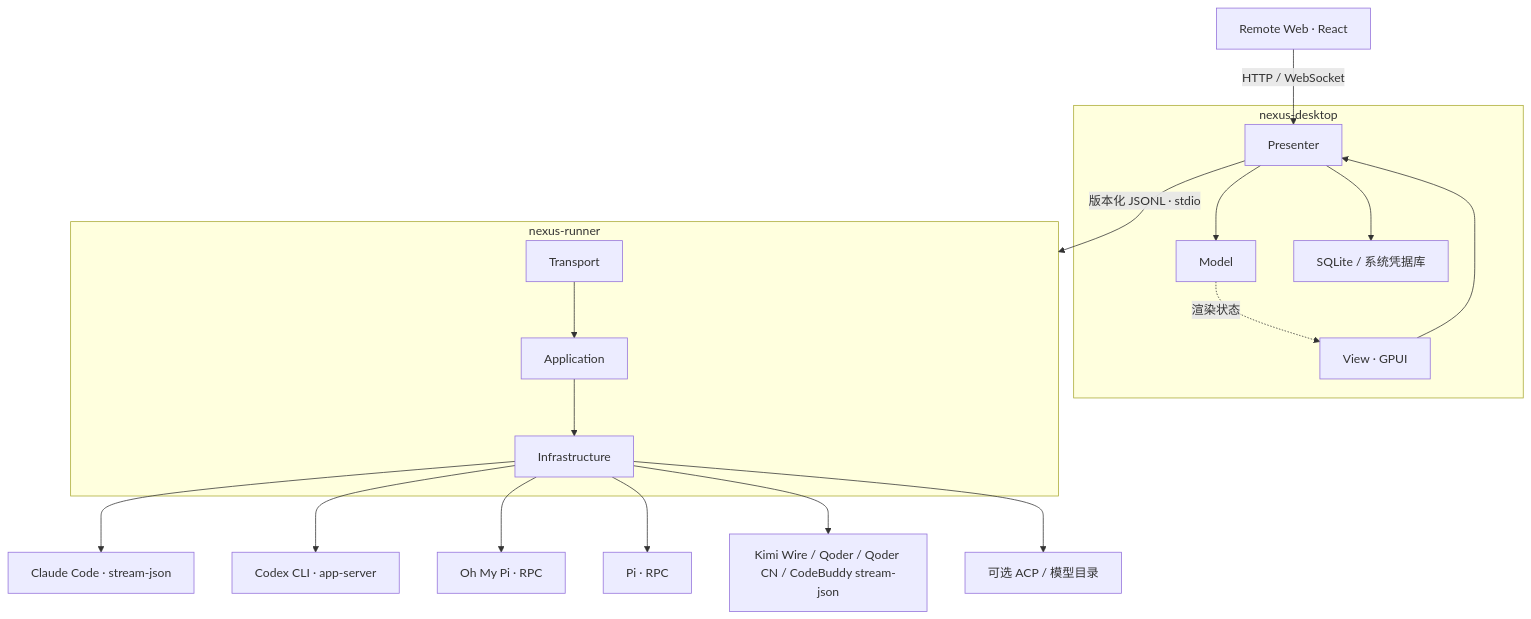
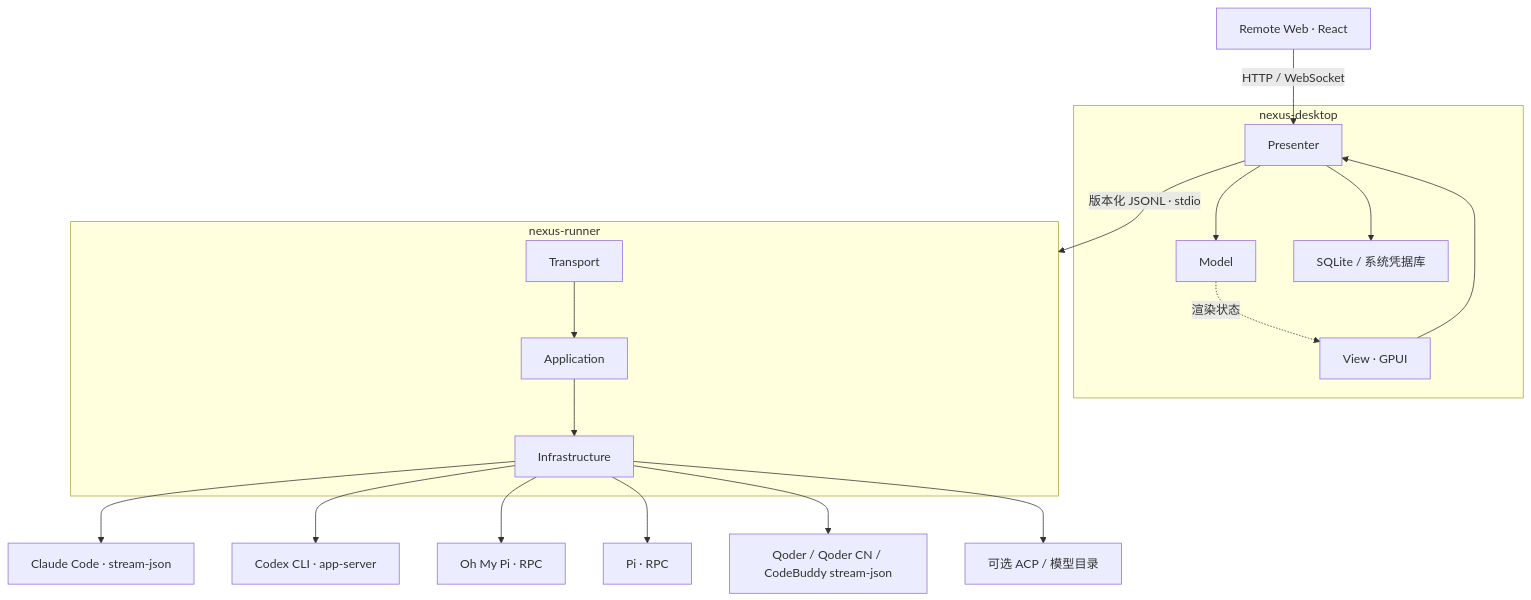
Before and after one commit to ji233-Sun/nexus-agent: the diagram in docs/development.md, drawn with Mermaid. The commit also changed other lines of this file and 11 other files, not shown here.

First line of the commit message:
feat: 接入新版 kimi-code，Kimi 改为 ACP 专用

````diff
--- a/docs/development.md
+++ b/docs/development.md
@@ -70,20 +70,20 @@
 ```mermaid
 flowchart TB
     Web[Remote Web · React] -->|HTTP / WebSocket| Presenter
     subgraph Desktop[nexus-desktop]
         View[View · GPUI] --> Presenter
         Presenter --> Model
         Model -. 渲染状态 .-> View
         Presenter --> Storage[SQLite / 系统凭据库]
     end
     Presenter -->|版本化 JSONL · stdio| Runner
     subgraph Runner[nexus-runner]
         Transport --> Application --> Infrastructure
     end
     Infrastructure --> Claude[Claude Code · stream-json]
     Infrastructure --> Codex[Codex CLI · app-server]
     Infrastructure --> OMP[Oh My Pi · RPC]
     Infrastructure --> Pi[Pi · RPC]
-    Infrastructure --> Native[Kimi Wire / Qoder / Qoder CN / CodeBuddy stream-json]
+    Infrastructure --> Native[Qoder / Qoder CN / CodeBuddy stream-json]
     Infrastructure --> ACP[可选 ACP / 模型目录]
 ```
````
